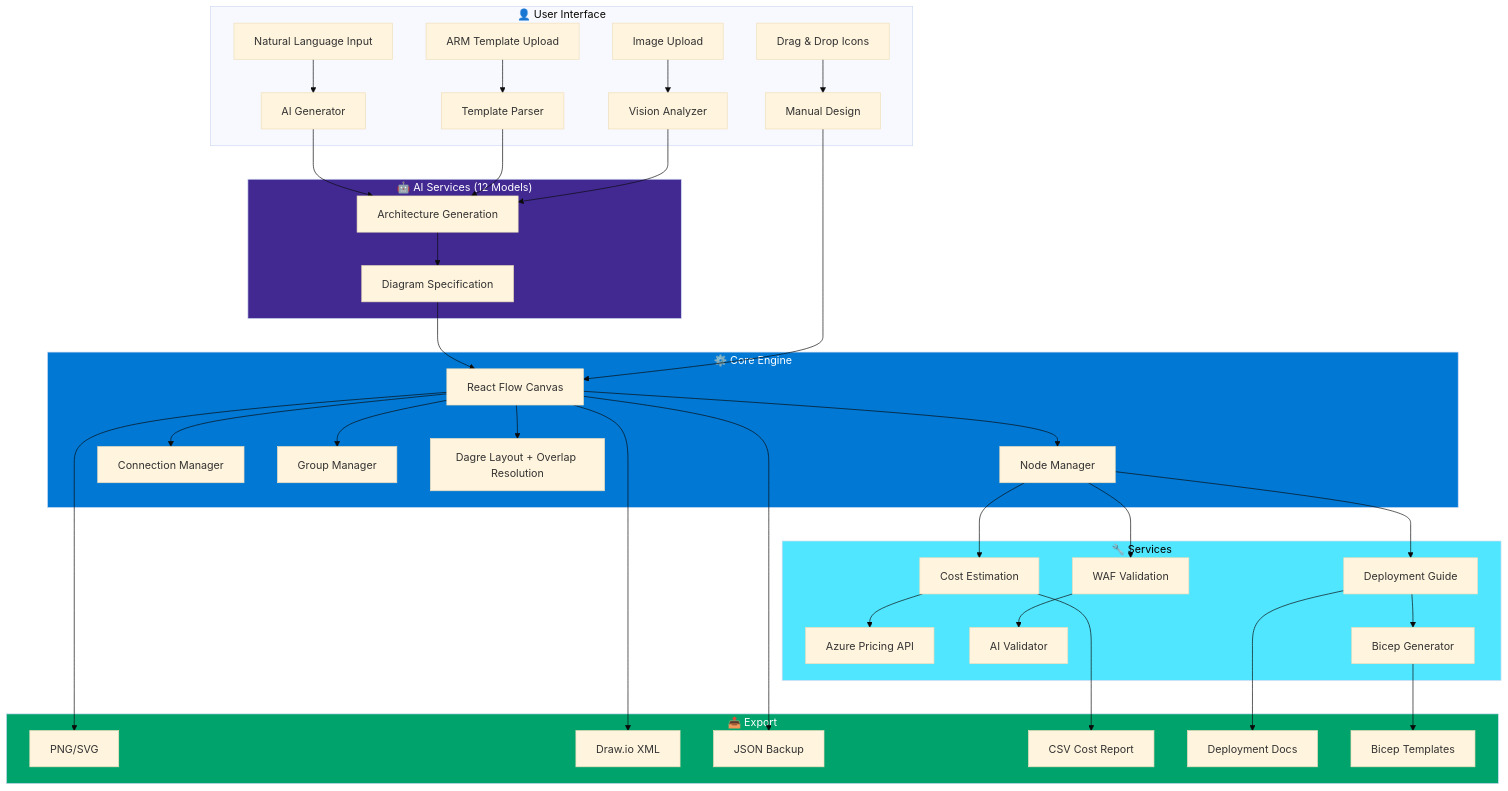
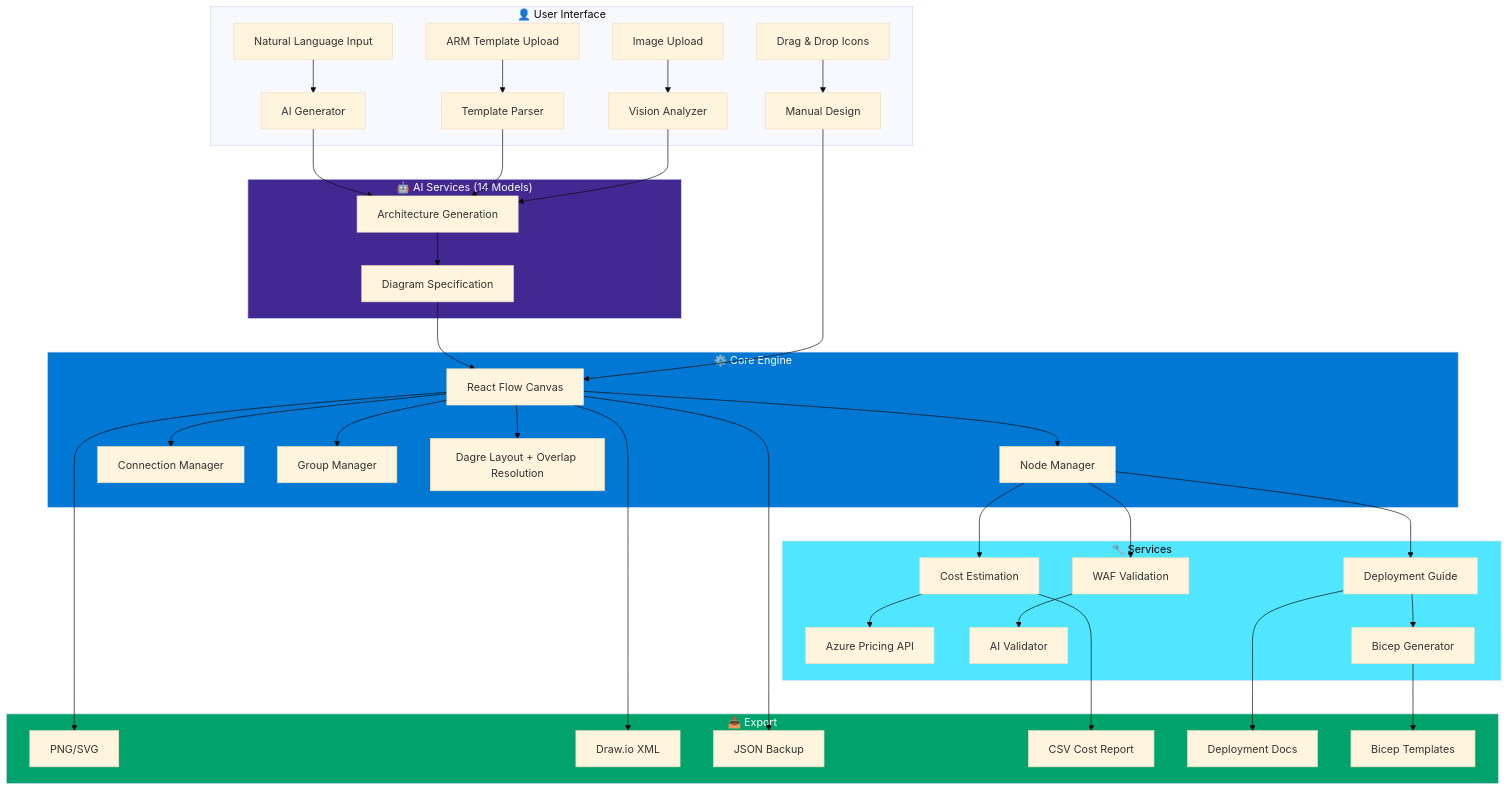
One commit to yang-jiayi/azure-architecture-diagram-builder changed the first of 3 diagrams in README.md. Above: the diagram before and after it, drawn with Mermaid (base theme). The commit also changed other lines of this file and 2 other files, not shown here.

First line of the commit message:
docs: update README + TOOLS.md for 14 models and expanded MCP toolset

````diff
--- a/README.md
+++ b/README.md
@@ -246,48 +246,48 @@
 ```mermaid
 flowchart TD
     subgraph User["👤 User Interface"]
         A[Natural Language Input] --> B[AI Generator]
         C[ARM Template Upload] --> D[Template Parser]
         E[Drag & Drop Icons] --> F[Manual Design]
         G[Image Upload] --> H[Vision Analyzer]
     end
 
-    subgraph AI["🤖 AI Services (12 Models)"]
+    subgraph AI["🤖 AI Services (14 Models)"]
         B --> I[Architecture Generation]
         D --> I
         H --> I
         I --> J[Diagram Specification]
     end
 
     subgraph Core["⚙️ Core Engine"]
         J --> K[React Flow Canvas]
         F --> K
         K --> L[Node Manager]
         K --> M[Connection Manager]
         K --> N[Group Manager]
         K --> O[Dagre Layout + Overlap Resolution]
     end
 
     subgraph Services["🔧 Services"]
         L --> P[Cost Estimation]
         L --> Q[WAF Validation]
         L --> R[Deployment Guide]
         P --> S[Azure Pricing API]
         Q --> T[AI Validator]
         R --> U[Bicep Generator]
     end
 
     subgraph Export["📤 Export"]
         K --> V[PNG/SVG]
         K --> W[Draw.io XML]
         K --> X[JSON Backup]
         P --> Y[CSV Cost Report]
         R --> Z[Deployment Docs]
         U --> AA[Bicep Templates]
     end
 
     style AI fill:#412991,color:#fff
     style Core fill:#0078D4,color:#fff
     style Services fill:#50E6FF,color:#000
     style Export fill:#00A36C,color:#fff
 ```
````
